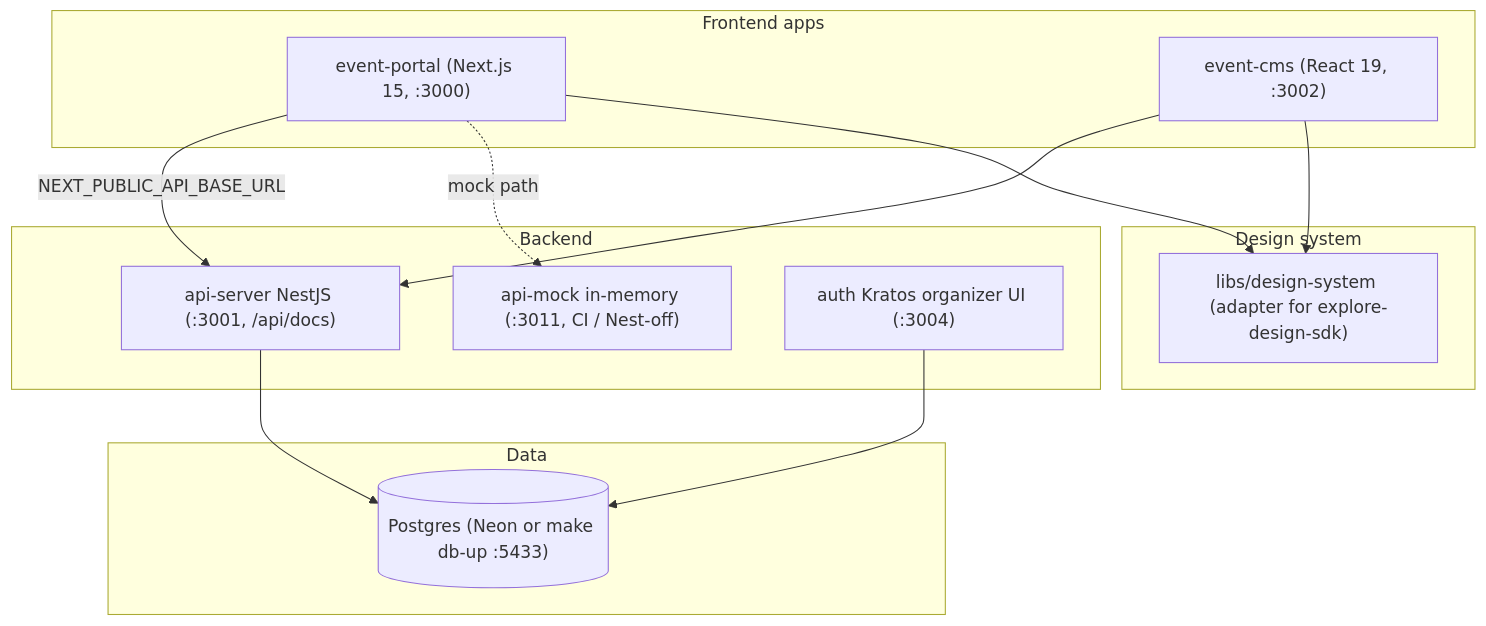
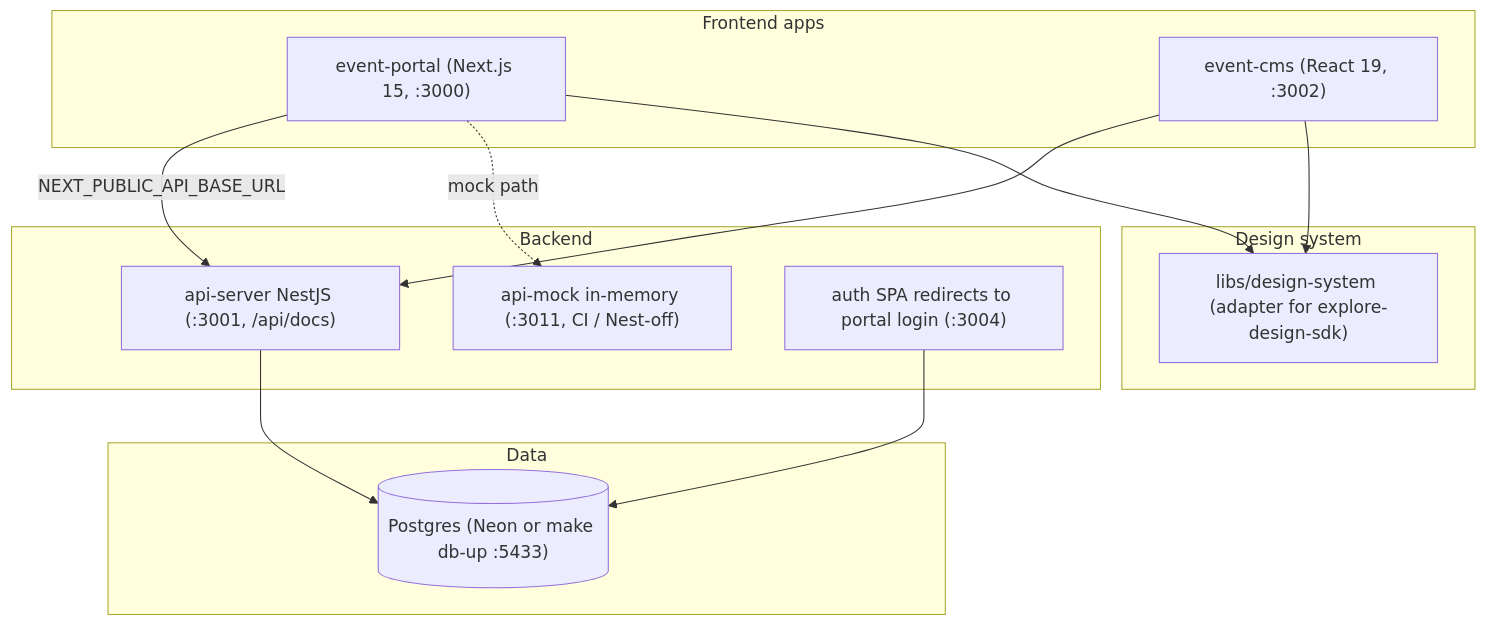
One commit to tessOu56/nx-playground changed the first of 2 diagrams in docs/architecture/system-overview.md. Above: the diagram before and after it, drawn with Mermaid. The commit also changed other lines of this file and 128 other files, not shown here.

First line of the commit message:
feat(identity): Better Auth LINE+Google, JWKS roles, remove Kratos (#58)

````diff
--- a/docs/architecture/system-overview.md
+++ b/docs/architecture/system-overview.md
@@ -9,25 +9,25 @@
 ```mermaid
 flowchart TB
   subgraph fe [Frontend apps]
     Portal["event-portal (Next.js 15, :3000)"]
     CMS["event-cms (React 19, :3002)"]
   end
   subgraph be [Backend]
     Nest["api-server NestJS (:3001, /api/docs)"]
     Mock["api-mock in-memory (:3011, CI / Nest-off)"]
-    Auth["auth Kratos organizer UI (:3004)"]
+    Auth["auth SPA redirects to portal login (:3004)"]
   end
   subgraph data [Data]
     PG[("Postgres (Neon or make db-up :5433)")]
   end
   subgraph design [Design system]
     DS["libs/design-system (adapter for explore-design-sdk)"]
   end
   Portal -->|"NEXT_PUBLIC_API_BASE_URL"| Nest
   CMS --> Nest
   Portal -. mock path .-> Mock
   Nest --> PG
   Auth --> PG
   Portal --> DS
   CMS --> DS
 ```
````
